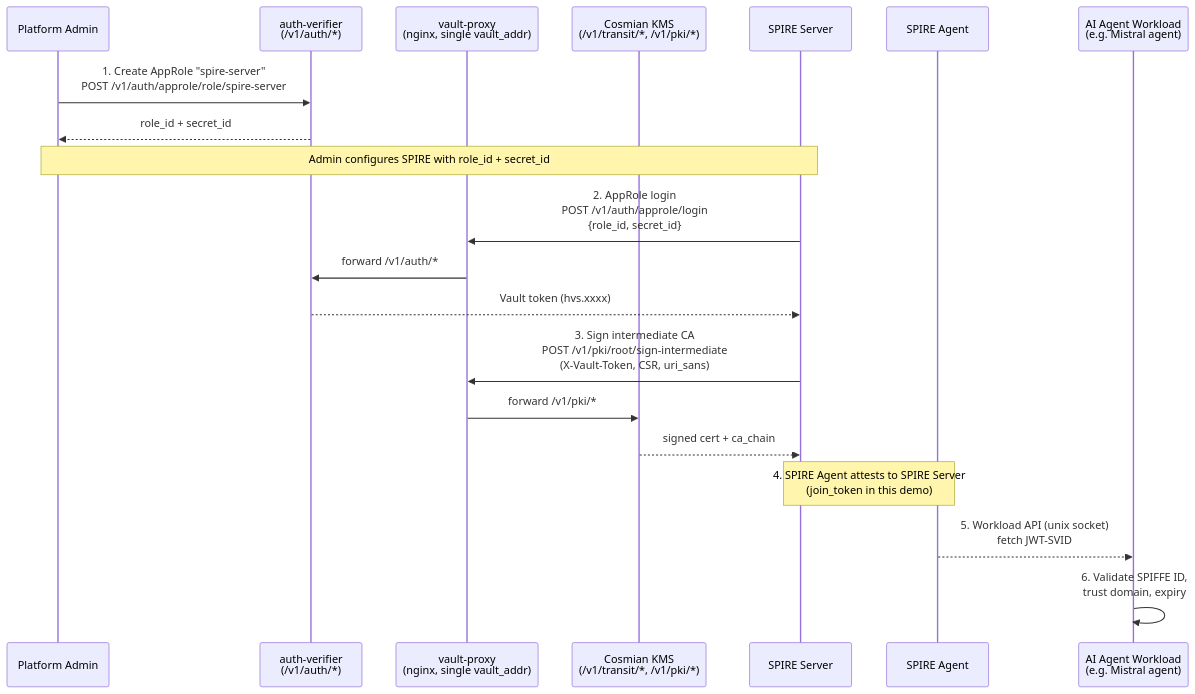
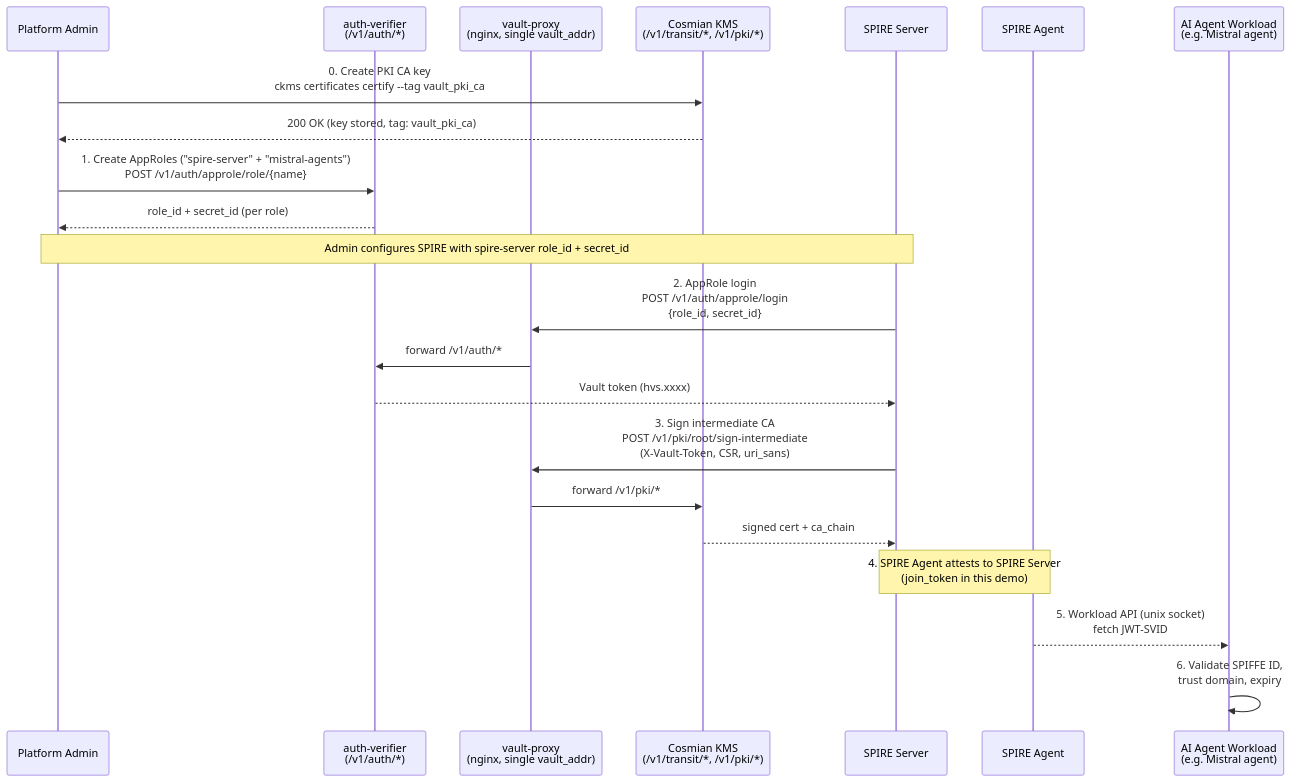
Before and after one commit to Cosmian/kms: the first of 7 diagrams in documentation/docs/integrations/spire_spiffe.md, drawn with Mermaid. The commit also changed other lines of this file and 3 other files, not shown here.

````diff
--- a/documentation/docs/integrations/spire_spiffe.md
+++ b/documentation/docs/integrations/spire_spiffe.md
@@ -13,23 +13,25 @@
 ```mermaid
 sequenceDiagram
     participant Admin as Platform Admin
     participant AuthV as auth-verifier<br/>(/v1/auth/*)
     participant Proxy as vault-proxy<br/>(nginx, single vault_addr)
     participant KMS as Cosmian KMS<br/>(/v1/transit/*, /v1/pki/*)
     participant Server as SPIRE Server
     participant Agent as SPIRE Agent
     participant Mistral as AI Agent Workload<br/>(e.g. Mistral agent)
 
-    Admin->>AuthV: 1. Create AppRole "spire-server"<br/>POST /v1/auth/approle/role/spire-server
-    AuthV-->>Admin: role_id + secret_id
-    Note over Admin,Server: Admin configures SPIRE with role_id + secret_id
+    Admin->>KMS: 0. Create PKI CA key<br/>ckms certificates certify --tag vault_pki_ca
+    KMS-->>Admin: 200 OK (key stored, tag: vault_pki_ca)
+    Admin->>AuthV: 1. Create AppRoles ("spire-server" + "mistral-agents")<br/>POST /v1/auth/approle/role/{name}
+    AuthV-->>Admin: role_id + secret_id (per role)
+    Note over Admin,Server: Admin configures SPIRE with spire-server role_id + secret_id
     Server->>Proxy: 2. AppRole login<br/>POST /v1/auth/approle/login<br/>{role_id, secret_id}
     Proxy->>AuthV: forward /v1/auth/*
     AuthV-->>Server: Vault token (hvs.xxxx)
     Server->>Proxy: 3. Sign intermediate CA<br/>POST /v1/pki/root/sign-intermediate<br/>(X-Vault-Token, CSR, uri_sans)
     Proxy->>KMS: forward /v1/pki/*
     KMS-->>Server: signed cert + ca_chain
     Note over Server,Agent: 4. SPIRE Agent attests to SPIRE Server<br/>(join_token in this demo)
     Agent-->>Mistral: 5. Workload API (unix socket)<br/>fetch JWT-SVID
     Mistral->>Mistral: 6. Validate SPIFFE ID,<br/>trust domain, expiry
 ```
````
